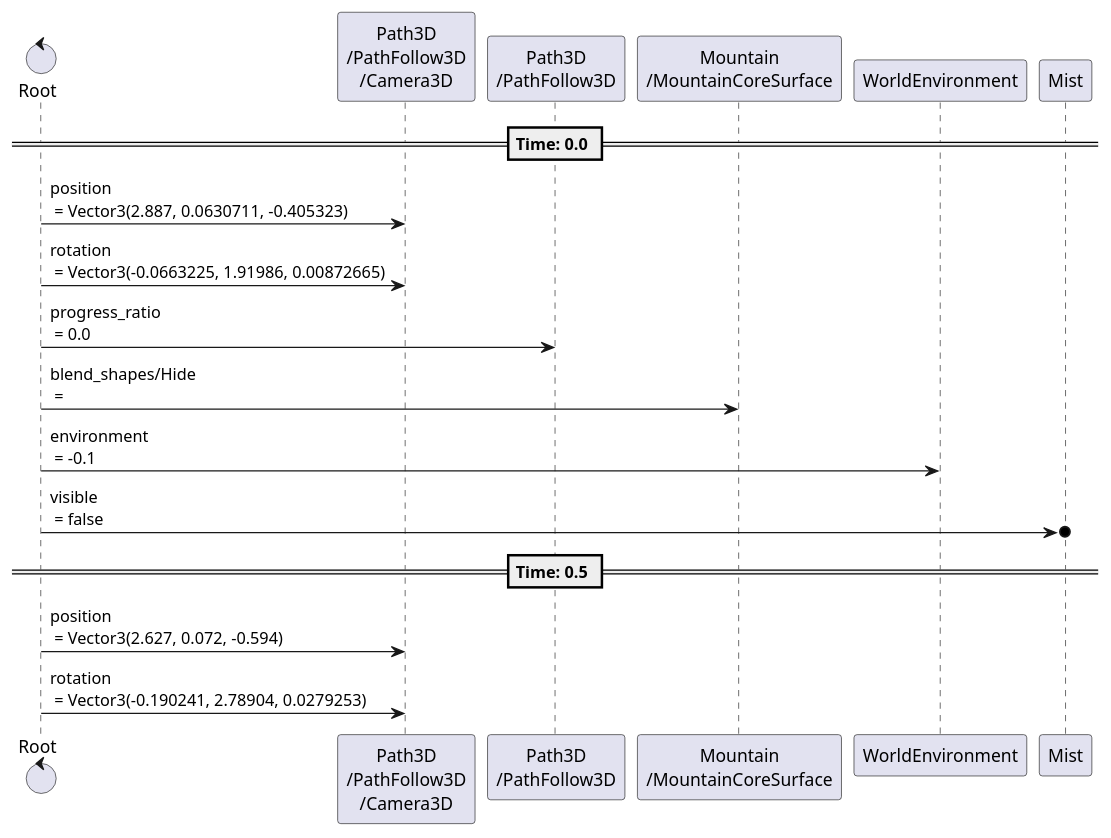
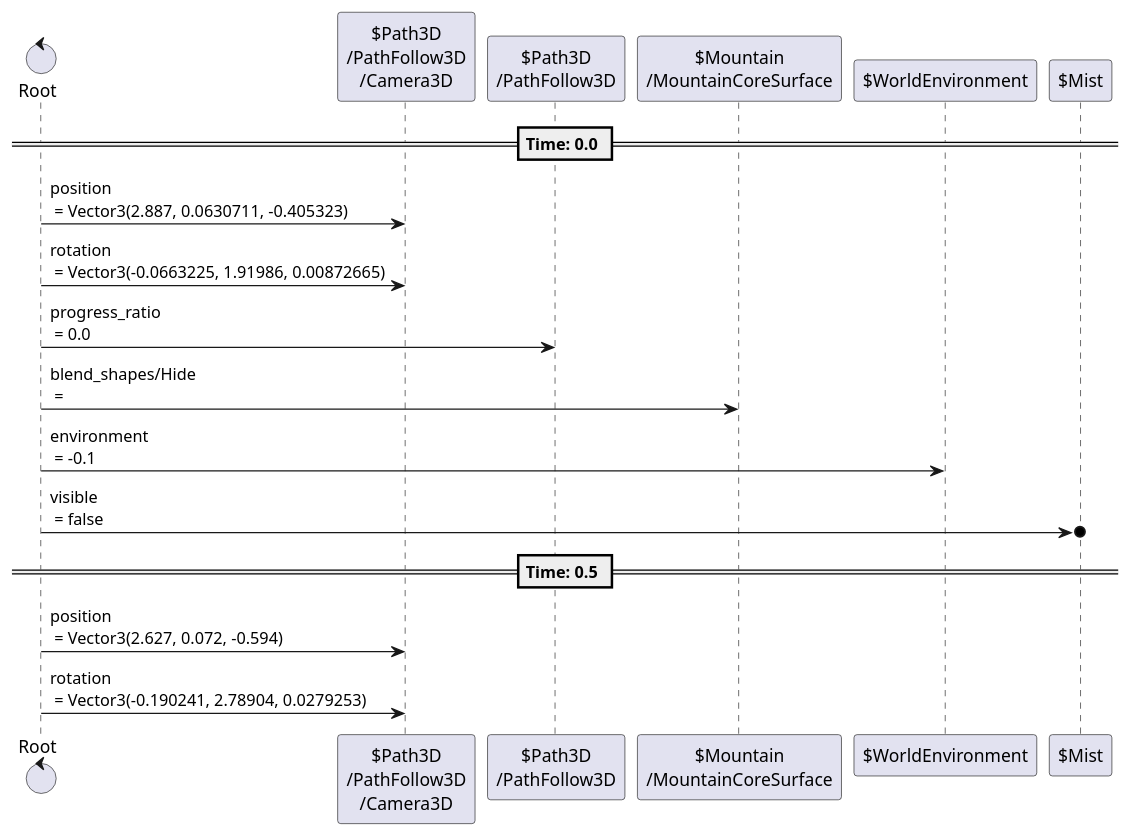
Before and after one commit to tkmfujise/Platformer-Game-Learning: diagram 15 of 23 in content/scenes/src/world/world.tscn.adoc, drawn with PlantUML. The commit also changed other lines of this file and 31 other files, not shown here.

Commit message:
Add prefix $ to node name in animation sequences

```diff
--- a/content/scenes/src/world/world.tscn.adoc
+++ b/content/scenes/src/world/world.tscn.adoc
@@ -479,24 +479,24 @@
 [plantuml]
 ....
-control "Root" as Root
-participant "Path3D\n/PathFollow3D\n/Camera3D" as T0
-participant "Path3D\n/PathFollow3D" as T2
-participant "Mountain\n/MountainCoreSurface" as T3
-participant "WorldEnvironment" as T4
-participant "Mist" as T5
+control "Root" as R
+participant "$Path3D\n/PathFollow3D\n/Camera3D" as T0
+participant "$Path3D\n/PathFollow3D" as T2
+participant "$Mountain\n/MountainCoreSurface" as T3
+participant "$WorldEnvironment" as T4
+participant "$Mist" as T5
 
 
 
 == Time: 0.0 ==
-Root  ->  T0 : position\n = Vector3(2.887, 0.0630711, -0.405323)
-Root  ->  T0 : rotation\n = Vector3(-0.0663225, 1.91986, 0.00872665)
-Root  ->  T2 : progress_ratio\n = 0.0
-Root  ->  T3 : blend_shapes/Hide\n = 
-Root  ->  T4 : environment\n = -0.1
-Root  ->o  T5 : visible\n = false
+R  ->  T0 : position\n = Vector3(2.887, 0.0630711, -0.405323)
+R  ->  T0 : rotation\n = Vector3(-0.0663225, 1.91986, 0.00872665)
+R  ->  T2 : progress_ratio\n = 0.0
+R  ->  T3 : blend_shapes/Hide\n = 
+R  ->  T4 : environment\n = -0.1
+R  ->o  T5 : visible\n = false
 == Time: 0.5 ==
-Root  ->  T0 : position\n = Vector3(2.627, 0.072, -0.594)
-Root  ->  T0 : rotation\n = Vector3(-0.190241, 2.78904, 0.0279253)
+R  ->  T0 : position\n = Vector3(2.627, 0.072, -0.594)
+R  ->  T0 : rotation\n = Vector3(-0.190241, 2.78904, 0.0279253)
 
 
 ....
```
